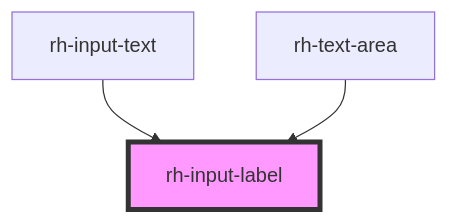
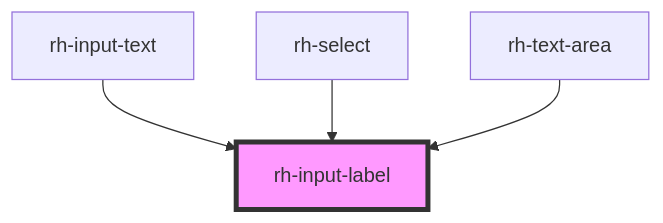
One commit to BrunoAST/rh-core-ui changed the diagram in src/shared/components/input-label/readme.md. Above: the diagram before and after it, drawn with Mermaid. The commit also changed other lines of this file and 3 other files, not shown here.

Commit message:
feat: add rh-input-label into select

````diff
--- a/src/shared/components/input-label/readme.md
+++ b/src/shared/components/input-label/readme.md
@@ -25,6 +26,7 @@
 ```mermaid
 graph TD;
   rh-input-text --> rh-input-label
+  rh-select --> rh-input-label
   rh-text-area --> rh-input-label
   style rh-input-label fill:#f9f,stroke:#333,stroke-width:4px
 ```
````
